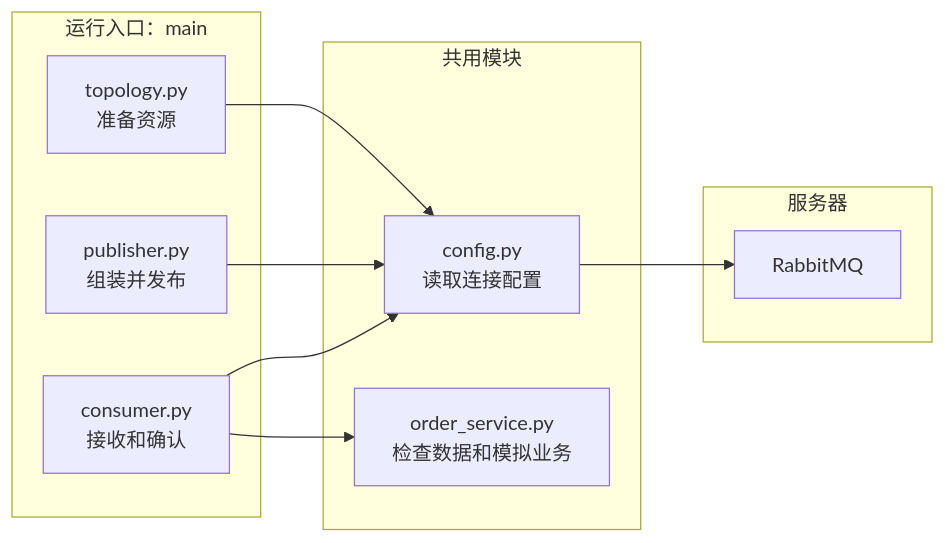
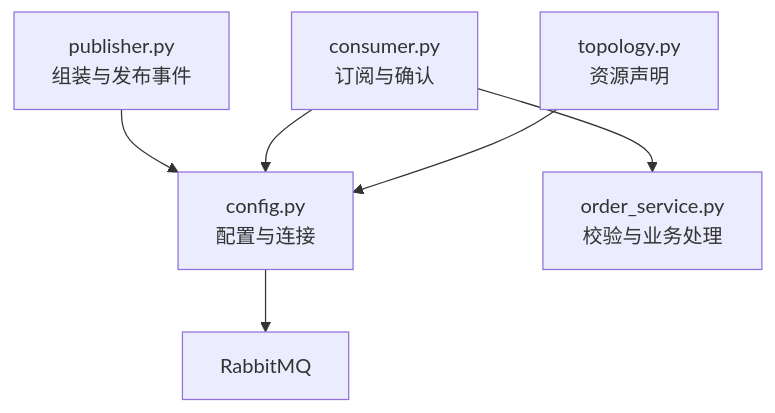
The tenth of 13 diagrams in rabbitMQ学习/README.md (tianshiyang/ai-lab), drawn with Mermaid before and after one commit. The commit also changed other lines of this file and 2 other files, not shown here.

Commit message:
refactor(rabbitMQ学习): 移除集中资源常量，名称内联到调用处

````diff
--- a/rabbitMQ学习/README.md
+++ b/rabbitMQ学习/README.md
@@ -968,20 +803,8 @@
 ```mermaid
-flowchart LR
-    subgraph entry["运行入口：main"]
-        T["topology.py<br/>准备资源"]
-        P["publisher.py<br/>组装并发布"]
-        C["consumer.py<br/>接收和确认"]
-    end
-    subgraph support["共用模块"]
-        F["config.py<br/>读取连接配置"]
-        S["order_service.py<br/>检查数据和模拟业务"]
-    end
-    subgraph remote["服务器"]
-        R["RabbitMQ"]
-    end
-    T --> F
-    P --> F
-    C --> F
-    F --> R
-    C --> S
+flowchart TD
+    P["publisher.py<br/>组装与发布事件"] --> F["config.py<br/>配置与连接"]
+    C["consumer.py<br/>订阅与确认"] --> F
+    T["topology.py<br/>资源声明"] --> F
+    C --> S["order_service.py<br/>校验与业务处理"]
+    F --> R["RabbitMQ"]
 ```
````
